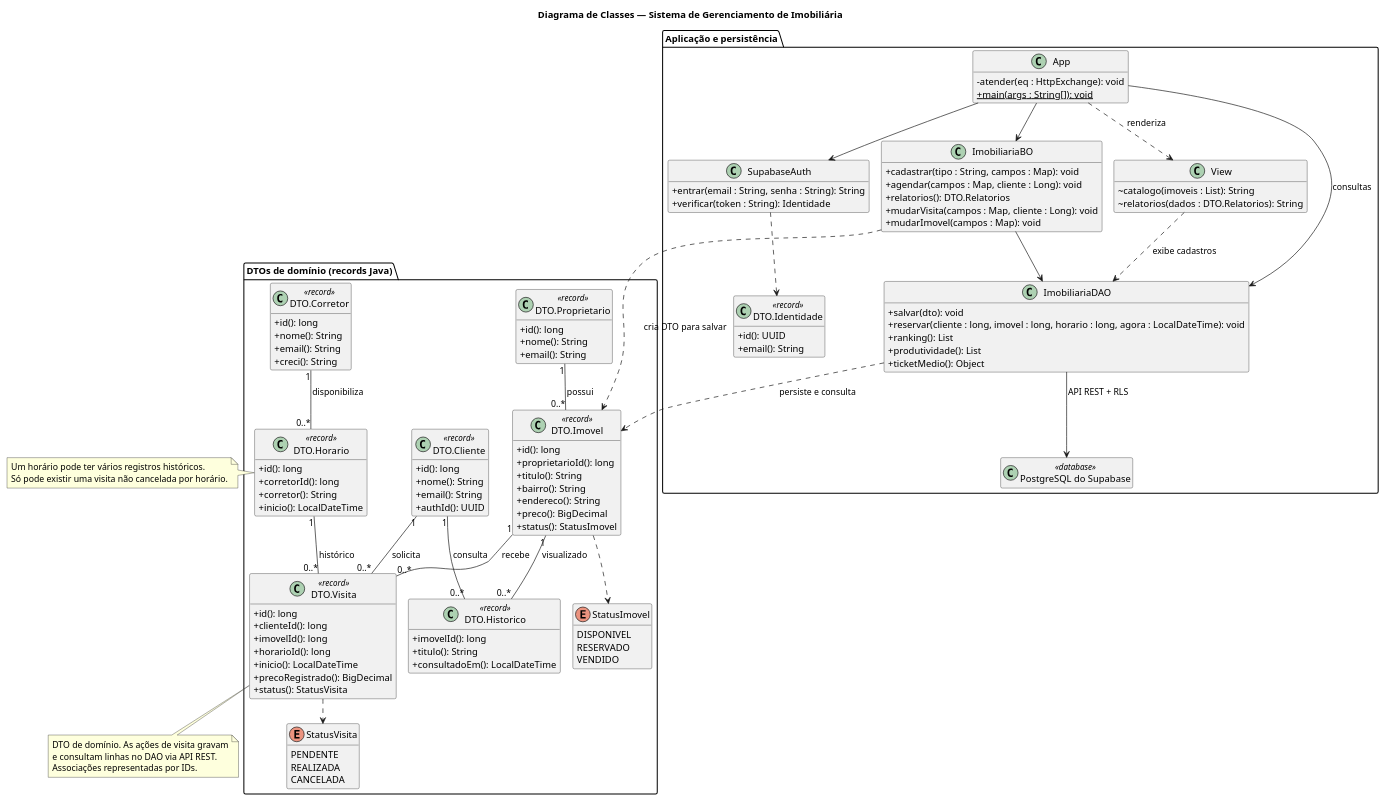
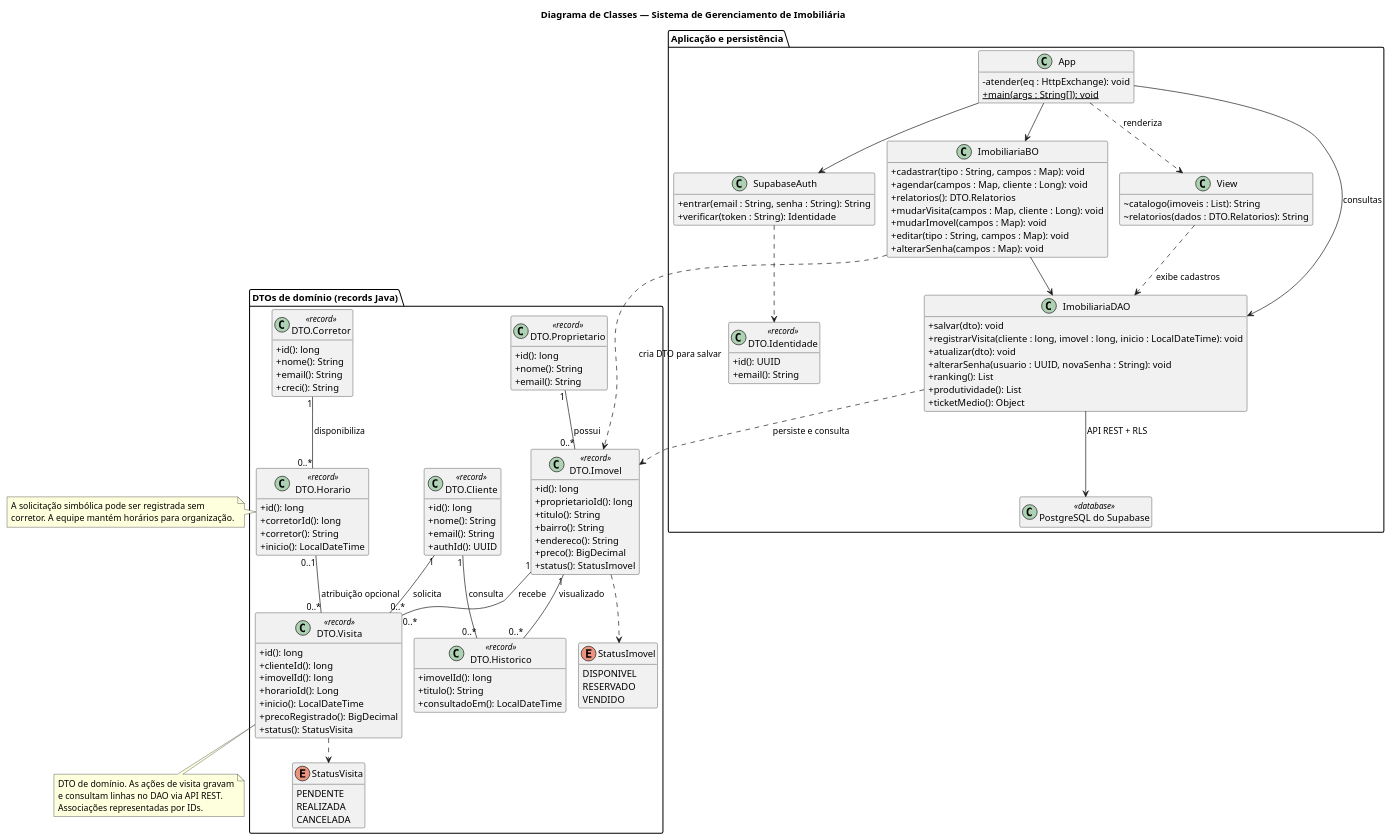
Before and after one commit to gustavoximenes/sistema-gerenciamento-imobiliaria: the diagram in docs/classes.puml, drawn with PlantUML. The commit also changed 9 other files, not shown here.

```diff
--- a/docs/classes.puml
+++ b/docs/classes.puml
@@ -1,128 +1,132 @@
 @startuml
 !pragma layout smetana
 skinparam classAttributeIconSize 0
 skinparam shadowing false
 hide empty members
 title Diagrama de Classes — Sistema de Gerenciamento de Imobiliária
 
 package "DTOs de domínio (records Java)" {
   class "DTO.Cliente" as Cliente <<record>> {
     +id(): long
     +nome(): String
     +email(): String
     +authId(): UUID
   }
   class "DTO.Corretor" as Corretor <<record>> {
     +id(): long
     +nome(): String
     +email(): String
     +creci(): String
   }
   class "DTO.Proprietario" as Proprietario <<record>> {
     +id(): long
     +nome(): String
     +email(): String
   }
   class "DTO.Imovel" as Imovel <<record>> {
     +id(): long
     +proprietarioId(): long
     +titulo(): String
     +bairro(): String
     +endereco(): String
     +preco(): BigDecimal
     +status(): StatusImovel
   }
   class "DTO.Horario" as Horario <<record>> {
     +id(): long
     +corretorId(): long
     +corretor(): String
     +inicio(): LocalDateTime
   }
   class "DTO.Visita" as Visita <<record>> {
     +id(): long
     +clienteId(): long
     +imovelId(): long
-    +horarioId(): long
+    +horarioId(): Long
     +inicio(): LocalDateTime
     +precoRegistrado(): BigDecimal
     +status(): StatusVisita
   }
   class "DTO.Historico" as Historico <<record>> {
     +imovelId(): long
     +titulo(): String
     +consultadoEm(): LocalDateTime
   }
   enum StatusImovel {
     DISPONIVEL
     RESERVADO
     VENDIDO
   }
   enum StatusVisita {
     PENDENTE
     REALIZADA
     CANCELADA
   }
   Proprietario "1" -- "0..*" Imovel : possui
   Corretor "1" -- "0..*" Horario : disponibiliza
   Cliente "1" -- "0..*" Visita : solicita
   Imovel "1" -- "0..*" Visita : recebe
-  Horario "1" -- "0..*" Visita : histórico
+  Horario "0..1" -- "0..*" Visita : atribuição opcional
   Imovel ..> StatusImovel
   Visita ..> StatusVisita
   Cliente "1" -- "0..*" Historico : consulta
   Imovel "1" -- "0..*" Historico : visualizado
 }
 note right of Horario
-  Um horário pode ter vários registros históricos.
-  Só pode existir uma visita não cancelada por horário.
+  A solicitação simbólica pode ser registrada sem
+  corretor. A equipe mantém horários para organização.
 end note
 note bottom of Visita
   DTO de domínio. As ações de visita gravam
   e consultam linhas no DAO via API REST.
   Associações representadas por IDs.
 end note
 
 package "Aplicação e persistência" {
   class App {
     -atender(eq : HttpExchange): void
     +{static} main(args : String[]): void
   }
   class View {
     ~catalogo(imoveis : List): String
     ~relatorios(dados : DTO.Relatorios): String
   }
   class SupabaseAuth {
     +entrar(email : String, senha : String): String
     +verificar(token : String): Identidade
   }
   class "DTO.Identidade" as Identidade <<record>> {
     +id(): UUID
     +email(): String
   }
   class ImobiliariaBO {
     +cadastrar(tipo : String, campos : Map): void
     +agendar(campos : Map, cliente : Long): void
     +relatorios(): DTO.Relatorios
     +mudarVisita(campos : Map, cliente : Long): void
     +mudarImovel(campos : Map): void
+    +editar(tipo : String, campos : Map): void
+    +alterarSenha(campos : Map): void
   }
   class ImobiliariaDAO {
     +salvar(dto): void
-    +reservar(cliente : long, imovel : long, horario : long, agora : LocalDateTime): void
+    +registrarVisita(cliente : long, imovel : long, inicio : LocalDateTime): void
+    +atualizar(dto): void
+    +alterarSenha(usuario : UUID, novaSenha : String): void
     +ranking(): List
     +produtividade(): List
     +ticketMedio(): Object
   }
   class "PostgreSQL do Supabase" as SupabaseDB <<database>>
   App --> ImobiliariaBO
   App --> ImobiliariaDAO : consultas
   App ..> View : renderiza
   App --> SupabaseAuth
   SupabaseAuth ..> Identidade
   View ..> ImobiliariaDAO : exibe cadastros
   ImobiliariaBO --> ImobiliariaDAO
   ImobiliariaBO ..> Imovel : cria DTO para salvar
   ImobiliariaDAO ..> Imovel : persiste e consulta
   ImobiliariaDAO --> SupabaseDB : API REST + RLS
 }
 @enduml
```
